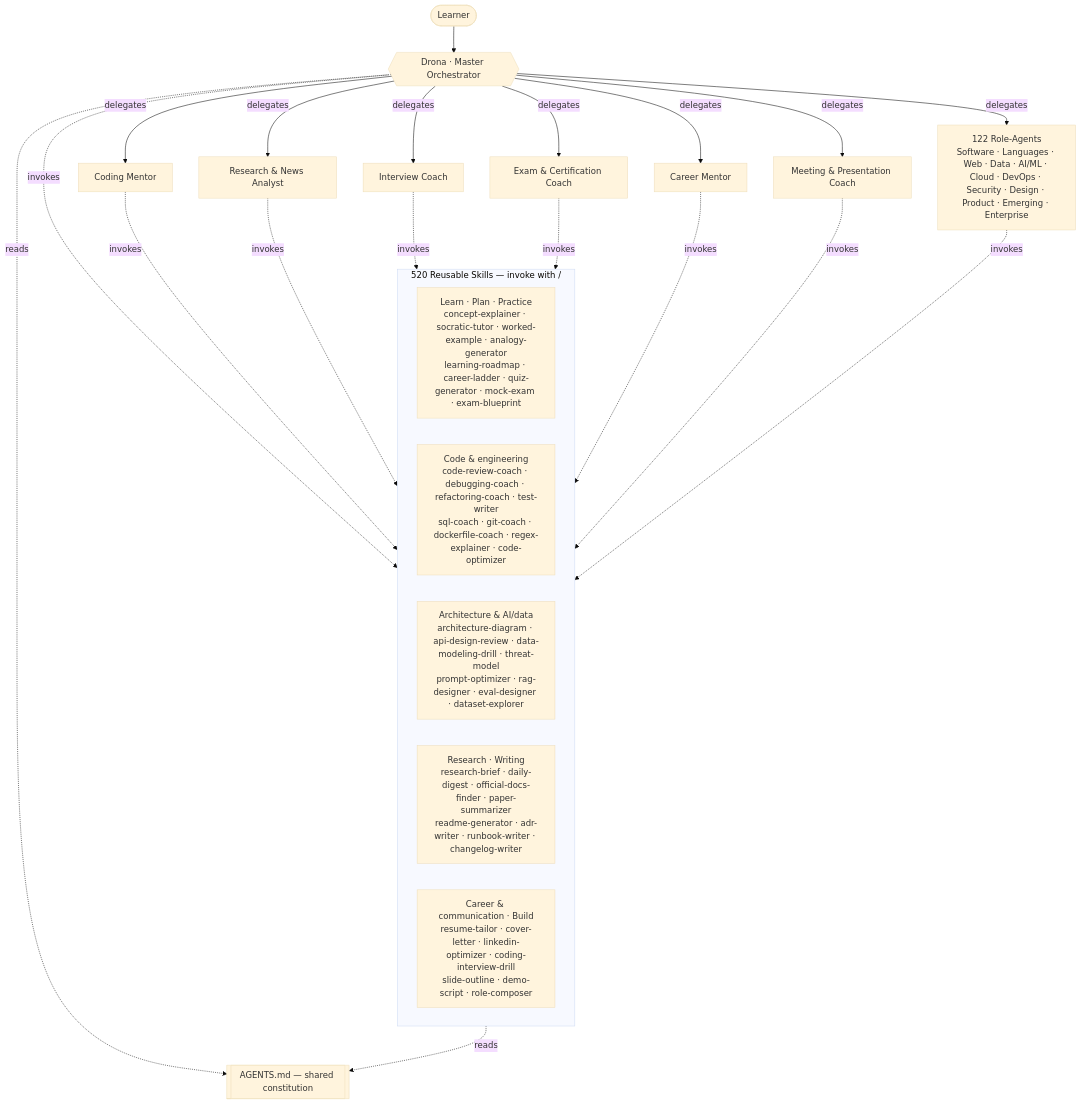
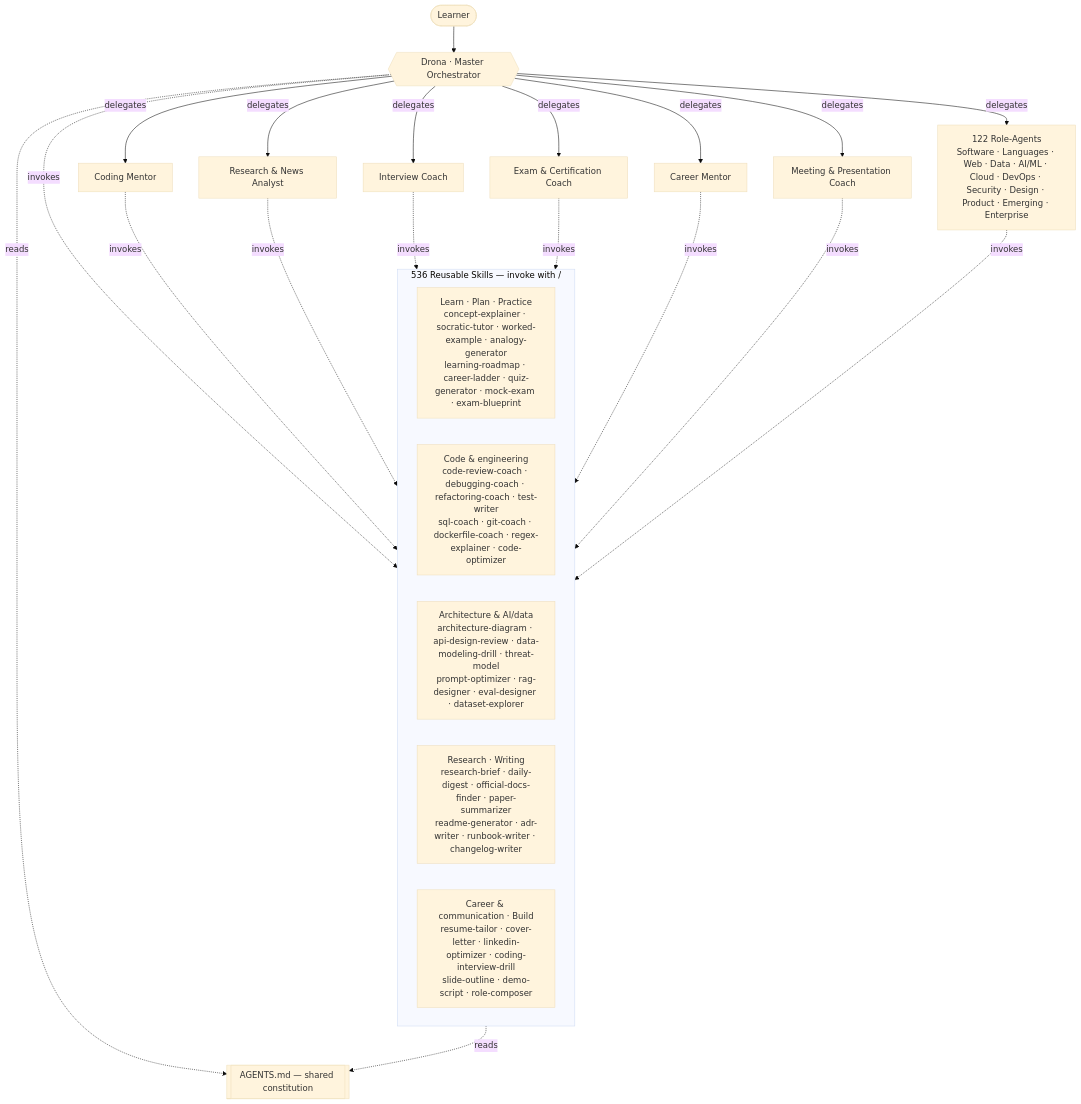
One commit to ArasaniRohithReddy/LearningOS changed the diagram in README.md. Above: the diagram before and after it, drawn with Mermaid (base theme). The commit also changed other lines of this file and 37 other files, not shown here.

````diff
--- a/README.md
+++ b/README.md
@@ -51,32 +51,32 @@
 ```mermaid
 flowchart TD
     U([Learner]) --> D{{Drona · Master Orchestrator}}
 
     D -->|delegates| CM[Coding Mentor]
     D -->|delegates| RN[Research & News Analyst]
     D -->|delegates| IC[Interview Coach]
     D -->|delegates| EC[Exam & Certification Coach]
     D -->|delegates| CA[Career Mentor]
     D -->|delegates| MP[Meeting & Presentation Coach]
     D -->|delegates| RO["122 Role-Agents<br/>Software · Languages · Web · Data · AI/ML · Cloud · DevOps · Security · Design · Product · Emerging · Enterprise"]
 
-    subgraph Skills["520 Reusable Skills — invoke with /"]
+    subgraph Skills["536 Reusable Skills — invoke with /"]
       S1["Learn · Plan · Practice<br/>concept-explainer · socratic-tutor · worked-example · analogy-generator<br/>learning-roadmap · career-ladder · quiz-generator · mock-exam · exam-blueprint"]
       S2["Code & engineering<br/>code-review-coach · debugging-coach · refactoring-coach · test-writer<br/>sql-coach · git-coach · dockerfile-coach · regex-explainer · code-optimizer"]
       S3["Architecture & AI/data<br/>architecture-diagram · api-design-review · data-modeling-drill · threat-model<br/>prompt-optimizer · rag-designer · eval-designer · dataset-explorer"]
       S4["Research · Writing<br/>research-brief · daily-digest · official-docs-finder · paper-summarizer<br/>readme-generator · adr-writer · runbook-writer · changelog-writer"]
       S5["Career & communication · Build<br/>resume-tailor · cover-letter · linkedin-optimizer · coding-interview-drill<br/>slide-outline · demo-script · role-composer"]
     end
 
     D -.invokes.-> Skills
     CM -.invokes.-> Skills
     RN -.invokes.-> Skills
     IC -.invokes.-> Skills
     EC -.invokes.-> Skills
     CA -.invokes.-> Skills
     MP -.invokes.-> Skills
     RO -.invokes.-> Skills
 
     Skills -.reads.-> AG[[AGENTS.md — shared constitution]]
     D -.reads.-> AG
 ```
````
